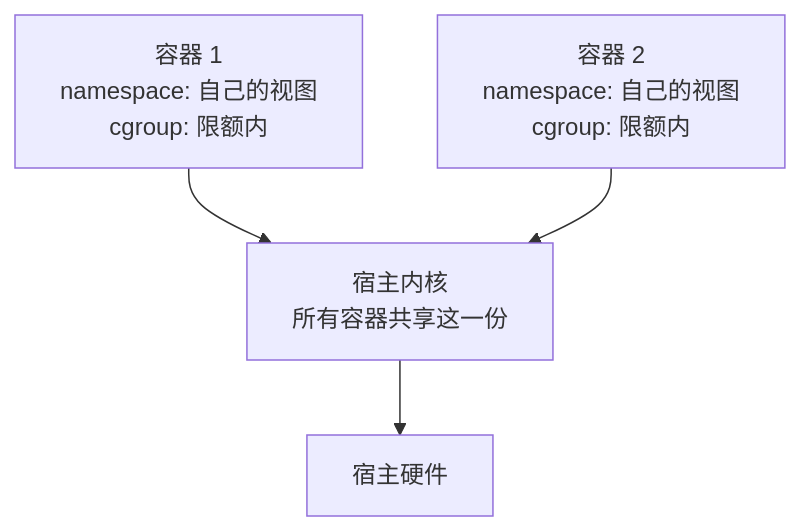
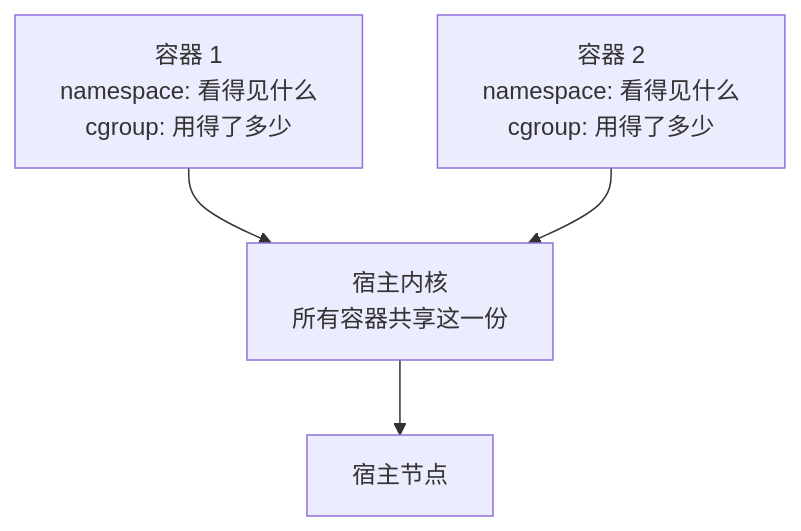
One commit to hub138/technical-knowledge changed the first of 2 diagrams in vault/工程知识/后端系统：在并发、失败与变化中维持服务/基础设施/容器隔离资源边界与镜像身份.md. Above: the diagram before and after it, drawn with Mermaid. The commit also changed other lines of this file and 622 other files, not shown here.

````diff
--- a/vault/工程知识/后端系统：在并发、失败与变化中维持服务/基础设施/容器隔离资源边界与镜像身份.md
+++ b/vault/工程知识/后端系统：在并发、失败与变化中维持服务/基础设施/容器隔离资源边界与镜像身份.md
@@ -39,6 +55,6 @@
 ```mermaid
 graph TD
-    C1["容器 1<br/>namespace: 自己的视图<br/>cgroup: 限额内"] --> K["宿主内核<br/>所有容器共享这一份"]
-    C2["容器 2<br/>namespace: 自己的视图<br/>cgroup: 限额内"] --> K
-    K --> H["宿主硬件"]
+    C1["容器 1<br/>namespace: 看得见什么<br/>cgroup: 用得了多少"] --> K["宿主内核<br/>所有容器共享这一份"]
+    C2["容器 2<br/>namespace: 看得见什么<br/>cgroup: 用得了多少"] --> K
+    K --> H["宿主节点"]
 ```
````
